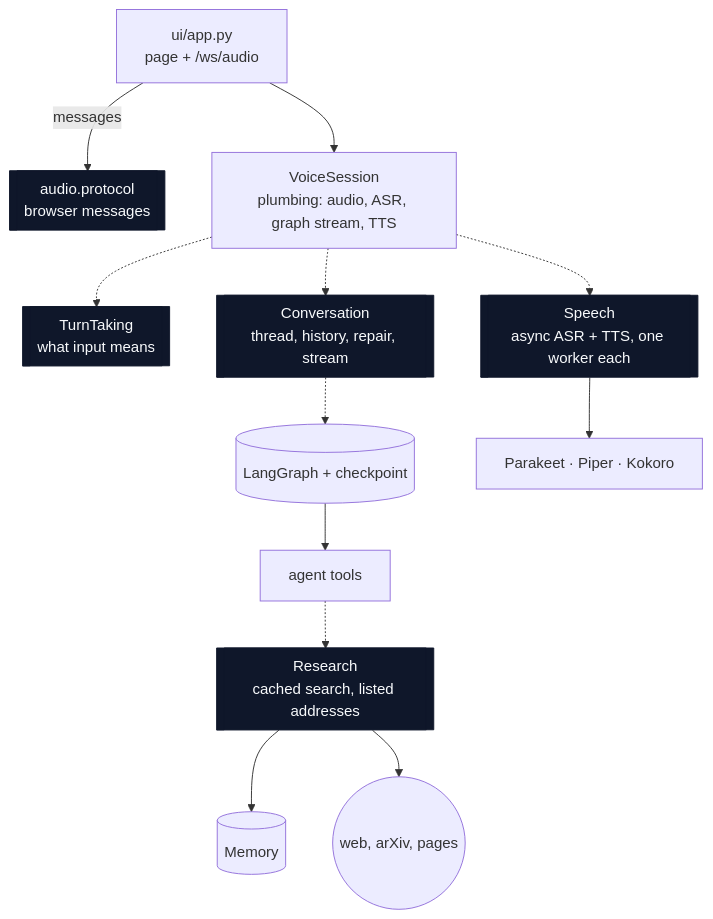
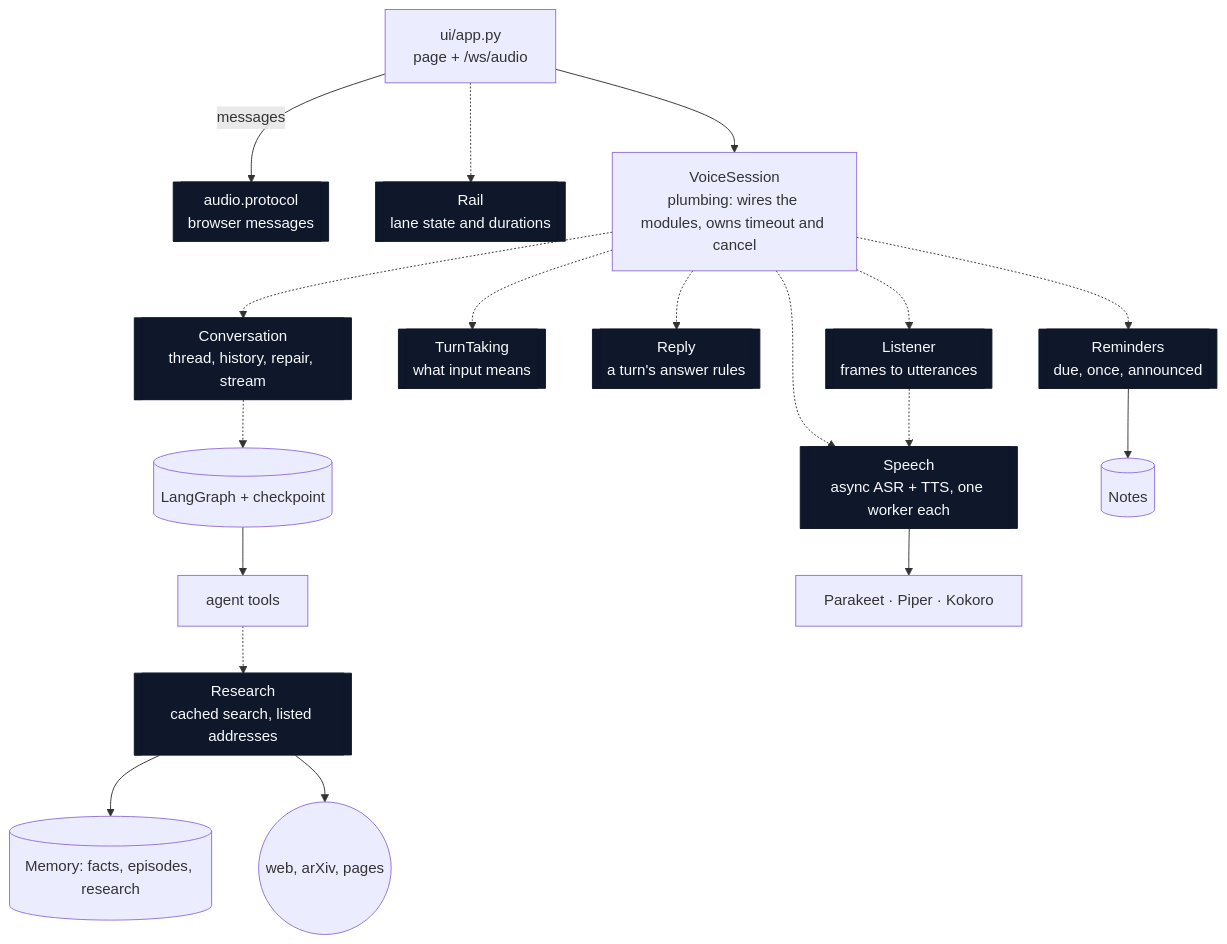
The second of 8 diagrams in docs/architecture.md (fodorad/voicemate), drawn with Mermaid before and after one commit. The commit also changed other lines of this file and 2 other files, not shown here.

Commit message:
docs: describe the round-2 modules (#24)
## What
Documents round 2: the architecture page now shows ten deep modules with
their seams and fakes (adds listener, reply, reminders, memory concepts
and the rail), a new spec section records the decisions and
measurements, and the project notes carry the updated module map.

## How it was verified
- `make check` green (362 tests, Sphinx without warnings).
- Real-model end-to-end run on merged `main` (gemma4:e4b, isolated
server, scratch file folder): spoken turn, web search answered from
memory the second time, a due reminder shown as a toast and in the
panel, unlisted page asking first with a reload mid-question, hold
answered once, barge-in marking the cut-off reply, New conversation
starting empty. First audio 2.72 s for the spoken chat turn (round 1:
2.83 to 2.85 s).

````diff
--- a/docs/architecture.md
+++ b/docs/architecture.md
@@ -48,16 +48,22 @@
 ```mermaid
 flowchart TB
     UI[ui/app.py<br/>page + /ws/audio] -->|messages| PROTO[[audio.protocol<br/>browser messages]]
-    UI --> SESSION[VoiceSession<br/>plumbing: audio, ASR, graph stream, TTS]
+    UI -.-> RAIL[[Rail<br/>lane state and durations]]
+    UI --> SESSION[VoiceSession<br/>plumbing: wires the modules, owns timeout and cancel]
+    SESSION -.-> LISTEN[[Listener<br/>frames to utterances]]
     SESSION -.-> POLICY[[TurnTaking<br/>what input means]]
+    SESSION -.-> REPLY[[Reply<br/>a turn's answer rules]]
+    SESSION -.-> REMIND[[Reminders<br/>due, once, announced]]
     SESSION -.-> CONV[[Conversation<br/>thread, history, repair, stream]]
     SESSION -.-> SPEECH[[Speech<br/>async ASR + TTS, one worker each]]
+    LISTEN -.-> SPEECH
     CONV -.-> GRAPH[(LangGraph + checkpoint)]
     GRAPH --> TOOLS[agent tools]
     TOOLS -.-> RESEARCH[[Research<br/>cached search, listed addresses]]
-    RESEARCH --> MEM[(Memory)]
+    RESEARCH --> MEM[(Memory: facts, episodes, research)]
+    REMIND --> NOTES[(Notes)]
     RESEARCH --> NET((web, arXiv, pages))
     SPEECH --> MODELS[Parakeet · Piper · Kokoro]
     classDef deep fill:#0f172a,color:#f8fafc,stroke:#0f172a;
-    class POLICY,CONV,SPEECH,RESEARCH,PROTO deep;
+    class POLICY,CONV,SPEECH,RESEARCH,PROTO,LISTEN,REPLY,REMIND,RAIL deep;
 ```
````
